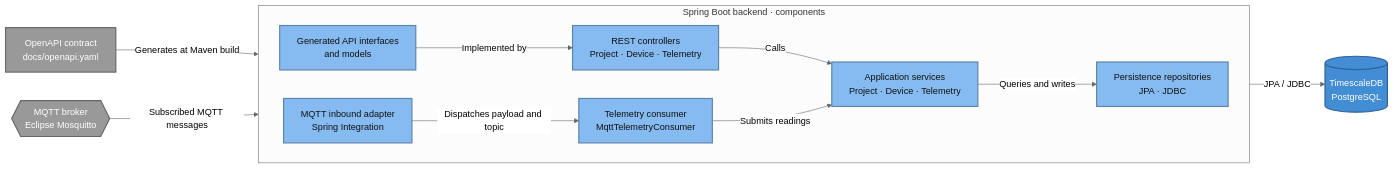
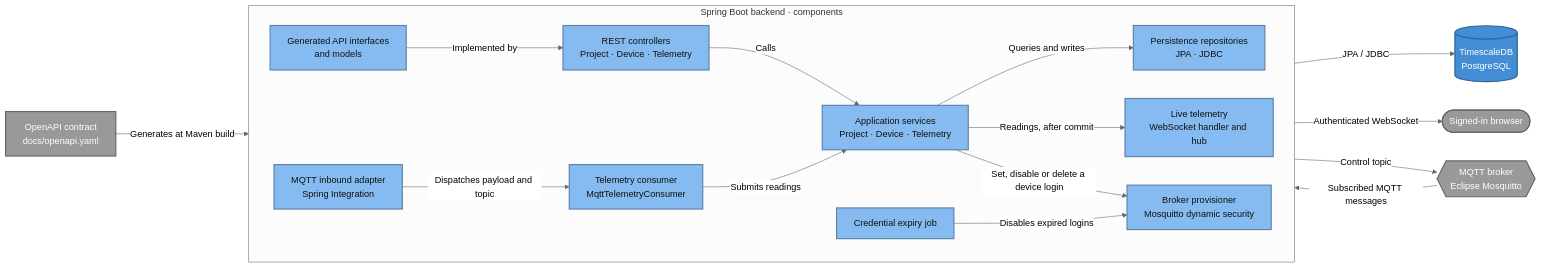
One commit to Hashu-17/openroots changed the diagram in docs/architecture/c4-backend-components.md. Above: the diagram before and after it, drawn with Mermaid (neutral theme). The commit also changed other lines of this file and 10 other files, not shown here.

Commit message:
docs: update architecture, product and API docs for sign-in, live telemetry and broker sync

````diff
--- a/docs/architecture/c4-backend-components.md
+++ b/docs/architecture/c4-backend-components.md
@@ -5,32 +5,41 @@
 ```mermaid
 flowchart LR
     contract["OpenAPI contract<br/>docs/openapi.yaml"]
     broker{{"MQTT broker<br/>Eclipse Mosquitto"}}
     database[("TimescaleDB<br/>PostgreSQL")]
+    browser(["Signed-in browser"])
 
     subgraph backend["Spring Boot backend · components"]
         direction LR
         generated["Generated API interfaces<br/>and models"]
         rest["REST controllers<br/>Project · Device · Telemetry"]
         mqtt["MQTT inbound adapter<br/>Spring Integration"]
         consumer["Telemetry consumer<br/>MqttTelemetryConsumer"]
         services["Application services<br/>Project · Device · Telemetry"]
         repositories["Persistence repositories<br/>JPA · JDBC"]
+        live["Live telemetry<br/>WebSocket handler and hub"]
+        provisioner["Broker provisioner<br/>Mosquitto dynamic security"]
+        expiry["Credential expiry job"]
     end
 
     contract -->|"Generates at Maven build"| generated
     generated -->|"Implemented by"| rest
     rest -->|"Calls"| services
     broker -->|"Subscribed MQTT messages"| mqtt
     mqtt -->|"Dispatches payload and topic"| consumer
     consumer -->|"Submits readings"| services
     services -->|"Queries and writes"| repositories
     repositories -->|"JPA / JDBC"| database
+    services -->|"Readings, after commit"| live
+    live -->|"Authenticated WebSocket"| browser
+    services -->|"Set, disable or delete a device login"| provisioner
+    expiry -->|"Disables expired logins"| provisioner
+    provisioner -->|"Control topic"| broker
 
     classDef external fill:#999999,color:#fff,stroke:#666,stroke-width:2px;
     classDef component fill:#85bbf0,color:#111,stroke:#5d82a8,stroke-width:2px;
     classDef data fill:#438dd5,color:#fff,stroke:#2e6295,stroke-width:2px;
-    class contract,broker external;
-    class generated,rest,mqtt,consumer,services,repositories component;
+    class contract,broker,browser external;
+    class generated,rest,mqtt,consumer,services,repositories,live,provisioner,expiry component;
     class database data;
 ```
````
